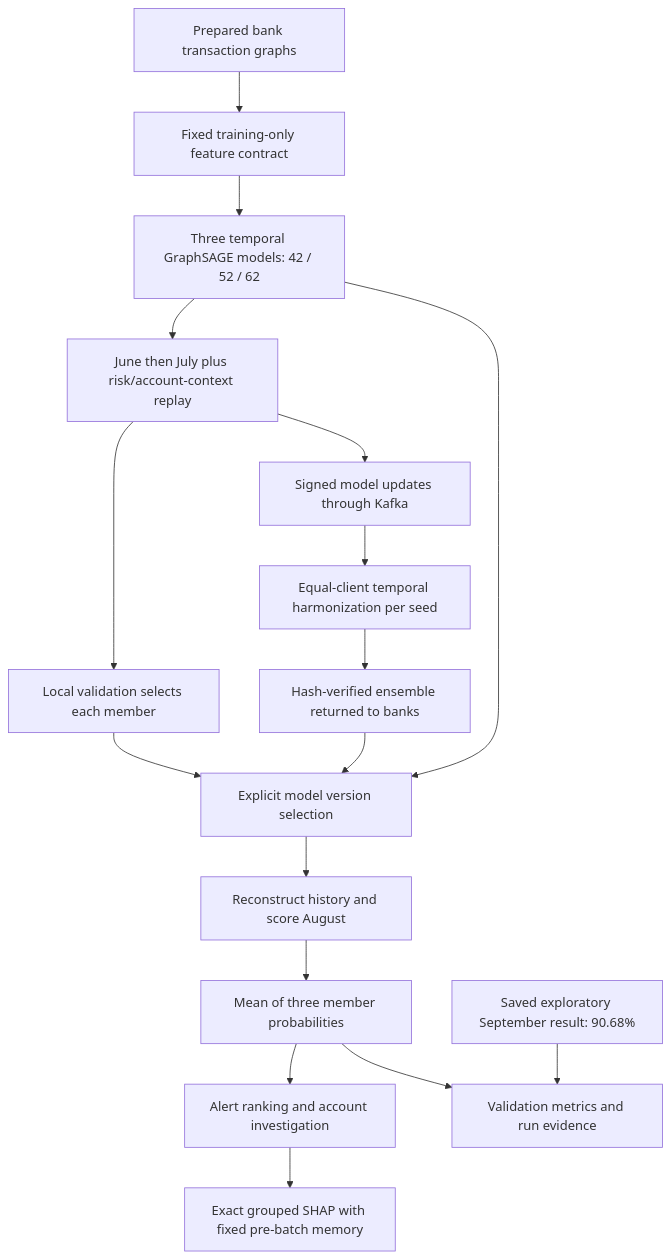
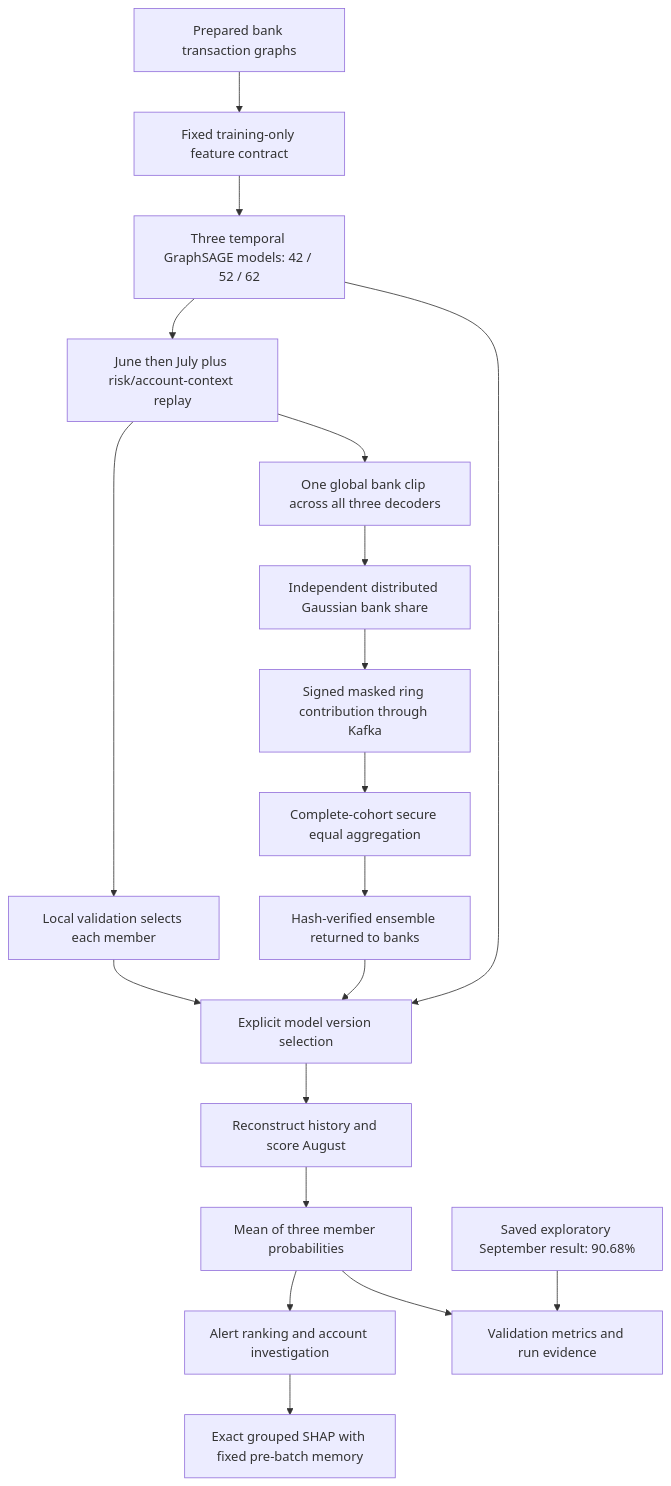
Before and after one commit to AnshulBanda/Federated-Continual-Learning: the diagram in README.md, drawn with Mermaid. The commit also changed other lines of this file and 68 other files, not shown here.

````diff
--- a/README.md
+++ b/README.md
@@ -71,19 +71,21 @@
 ```mermaid
 flowchart TD
     Data[Prepared bank transaction graphs] --> Schema[Fixed training-only feature contract]
     Schema --> Members[Three temporal GraphSAGE models: 42 / 52 / 62]
     Members --> Train[June then July plus risk/account-context replay]
     Train --> Local[Local validation selects each member]
-    Train --> Send[Signed model updates through Kafka]
-    Send --> Central[Equal-client temporal harmonization per seed]
+    Train --> Clip[One global bank clip across all three decoders]
+    Clip --> Noise[Independent distributed Gaussian bank share]
+    Noise --> Send[Signed masked ring contribution through Kafka]
+    Send --> Central[Complete-cohort secure equal aggregation]
     Central --> Receive[Hash-verified ensemble returned to banks]
     Local --> Select[Explicit model version selection]
     Receive --> Select
     Members --> Select
     Select --> Replay[Reconstruct history and score August]
     Replay --> Average[Mean of three member probabilities]
     Average --> Alerts[Alert ranking and account investigation]
     Alerts --> XAI[Exact grouped SHAP with fixed pre-batch memory]
     Average --> Results[Validation metrics and run evidence]
     Saved[Saved exploratory September result: 90.68%] --> Results
 ```
````
